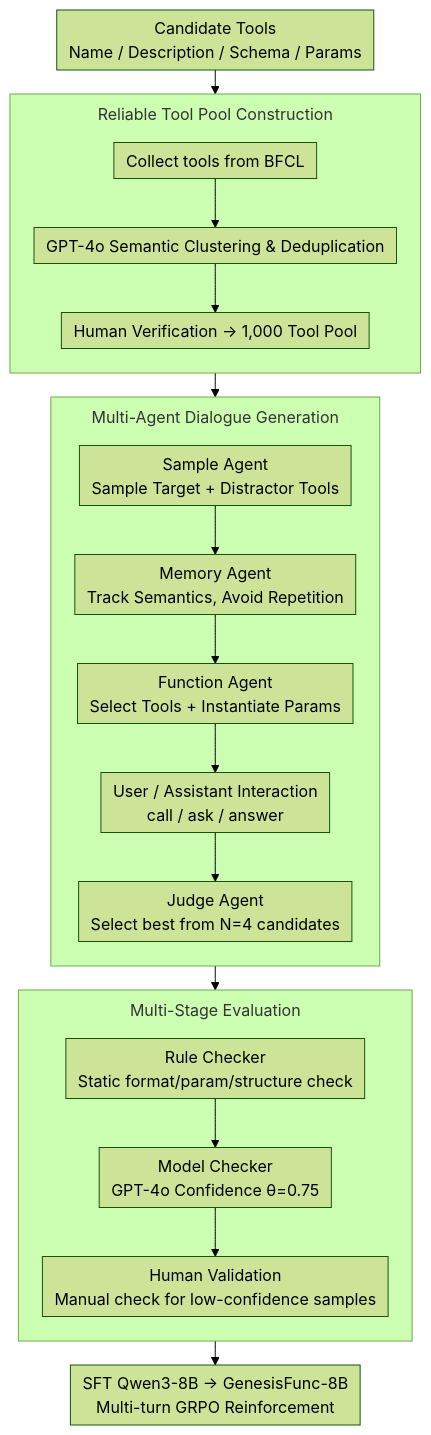
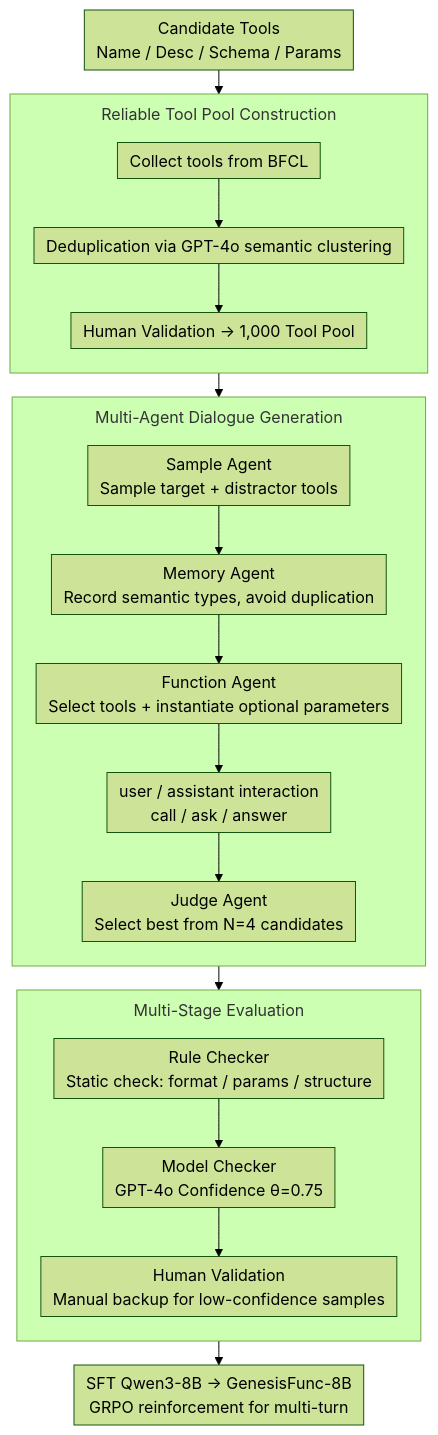
Before and after one commit to zhaoyang97/Paper-Notes-en: the diagram in docs/ACL2026/dialogue/genesisfunc_multi-agent_data_generation_for_accurate_and_generalizable_function-.md, drawn with Mermaid (forest theme). The commit also changed other lines of this file and 5084 other files, not shown here.

````diff
--- a/docs/ACL2026/dialogue/genesisfunc_multi-agent_data_generation_for_accurate_and_generalizable_function-.md
+++ b/docs/ACL2026/dialogue/genesisfunc_multi-agent_data_generation_for_accurate_and_generalizable_function-.md
@@ -44,27 +44,27 @@
 ```mermaid
 %%{init: {'flowchart': {'rankSpacing': 24, 'nodeSpacing': 28, 'padding': 6, 'wrappingWidth': 400, 'subGraphTitleMargin': {'top': 8, 'bottom': 16}}}}%%
 flowchart TD
-    IN["Candidate Tools<br/>Name / Description / Schema / Params"] --> S1
+    IN["Candidate Tools<br/>Name / Desc / Schema / Params"] --> S1
 
     subgraph S1["Reliable Tool Pool Construction"]
         direction TB
-        A["Collect tools from BFCL"] --> B["GPT-4o Semantic Clustering & Deduplication"] --> C["Human Verification → 1,000 Tool Pool"]
+        A["Collect tools from BFCL"] --> B["Deduplication via GPT-4o semantic clustering"] --> C["Human Validation → 1,000 Tool Pool"]
     end
 
     subgraph S2["Multi-Agent Dialogue Generation"]
         direction TB
-        D["Sample Agent<br/>Sample Target + Distractor Tools"] --> E["Memory Agent<br/>Track Semantics, Avoid Repetition"]
-        E --> F["Function Agent<br/>Select Tools + Instantiate Params"]
-        F --> G["User / Assistant Interaction<br/>call / ask / answer"]
+        D["Sample Agent<br/>Sample target + distractor tools"] --> E["Memory Agent<br/>Record semantic types, avoid duplication"]
+        E --> F["Function Agent<br/>Select tools + instantiate optional parameters"]
+        F --> G["user / assistant interaction<br/>call / ask / answer"]
         G --> H["Judge Agent<br/>Select best from N=4 candidates"]
     end
 
     subgraph S3["Multi-Stage Evaluation"]
         direction TB
-        I["Rule Checker<br/>Static format/param/structure check"] --> J["Model Checker<br/>GPT-4o Confidence θ=0.75"]
-        J --> K["Human Validation<br/>Manual check for low-confidence samples"]
+        I["Rule Checker<br/>Static check: format / params / structure"] --> J["Model Checker<br/>GPT-4o Confidence θ=0.75"]
+        J --> K["Human Validation<br/>Manual backup for low-confidence samples"]
     end
 
     S1 --> S2 --> S3
-    S3 --> OUT["SFT Qwen3-8B → GenesisFunc-8B<br/>Multi-turn GRPO Reinforcement"]
+    S3 --> OUT["SFT Qwen3-8B → GenesisFunc-8B<br/>GRPO reinforcement for multi-turn"]
 ```
````
